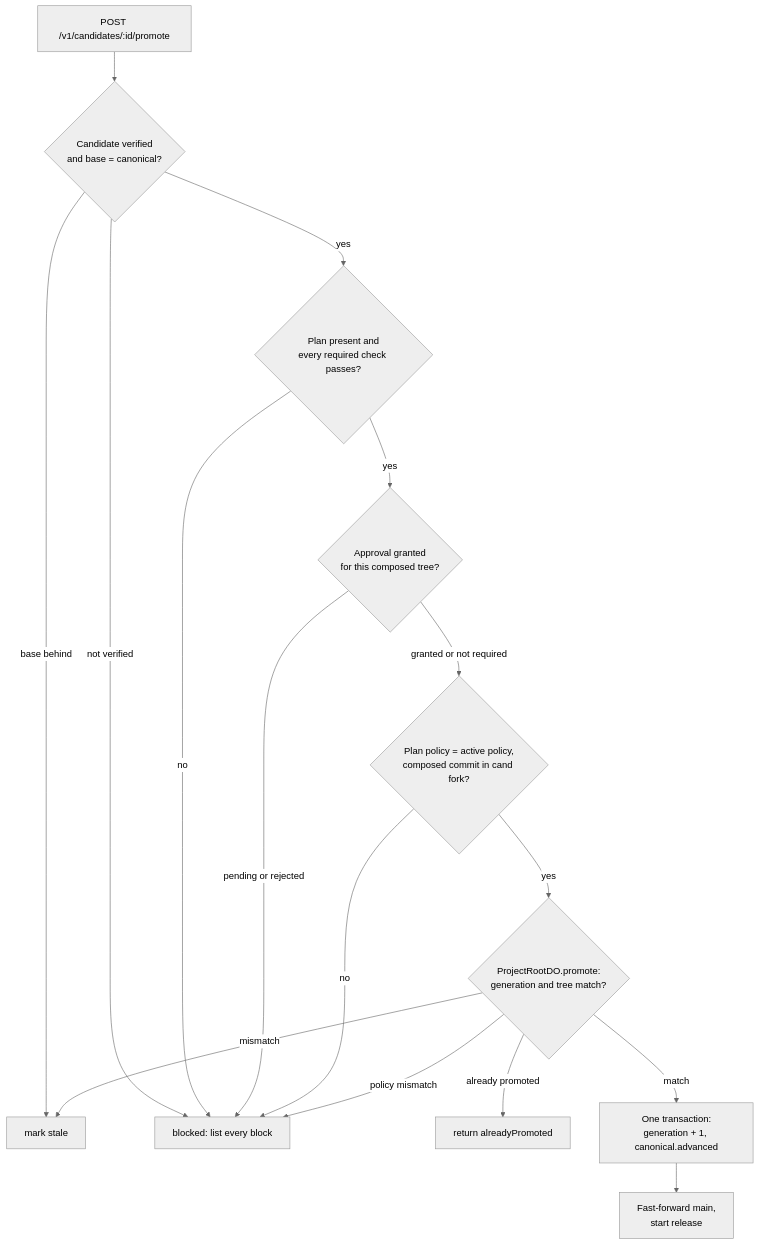
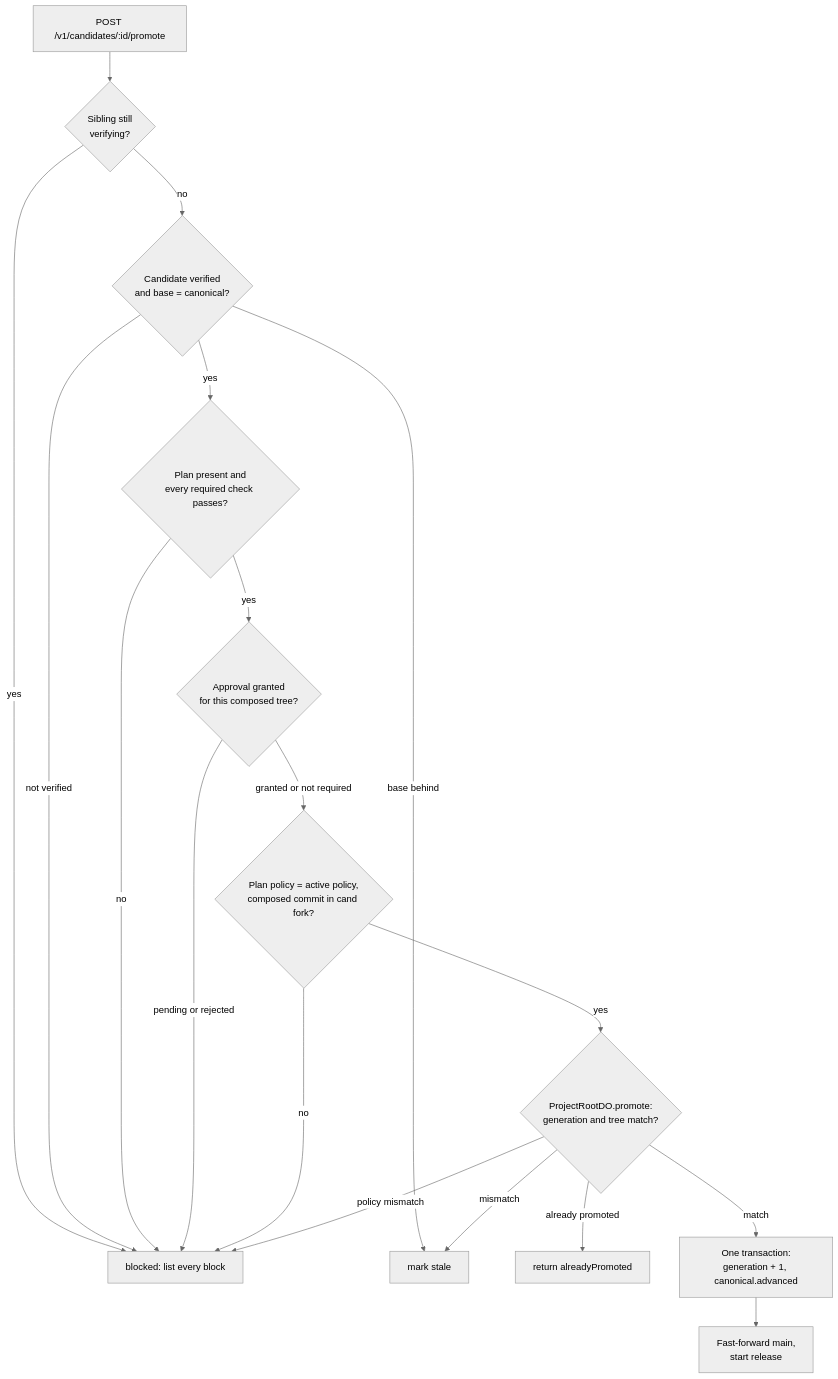
Before and after one commit to nsudhanva/rhumbatron: the eighth of 8 diagrams in docs/architecture/source-and-verification.md, drawn with Mermaid (neutral theme). The commit also changed other lines of this file and 17 other files, not shown here.

First line of the commit message:
feat(integration): compare sibling candidates and check acceptance criteria

````diff
--- a/docs/architecture/source-and-verification.md
+++ b/docs/architecture/source-and-verification.md
@@ -230,18 +299,20 @@
 ```mermaid
 flowchart TB
-  REQ["POST /v1/candidates/:id/promote"] --> P1{"Candidate verified<br/>and base = canonical?"}
+  REQ["POST /v1/candidates/:id/promote"] --> P0{"Sibling still<br/>verifying?"}
+  P0 -->|"yes"| BLK
+  P0 -->|"no"| P1{"Candidate verified<br/>and base = canonical?"}
   P1 -->|"base behind"| STALE["mark stale"]
   P1 -->|"not verified"| BLK["blocked: list every block"]
   P1 -->|"yes"| P2{"Plan present and<br/>every required check passes?"}
   P2 -->|"no"| BLK
   P2 -->|"yes"| P3{"Approval granted<br/>for this composed tree?"}
   P3 -->|"pending or rejected"| BLK
   P3 -->|"granted or not required"| P4{"Plan policy = active policy,<br/>composed commit in cand fork?"}
   P4 -->|"no"| BLK
   P4 -->|"yes"| CAS{"ProjectRootDO.promote:<br/>generation and tree match?"}
   CAS -->|"already promoted"| DONE["return alreadyPromoted"]
   CAS -->|"mismatch"| STALE
   CAS -->|"policy mismatch"| BLK
   CAS -->|"match"| ADV["One transaction:<br/>generation + 1, canonical.advanced"]
   ADV --> SYNC["Fast-forward main,<br/>start release"]
 ```
````
